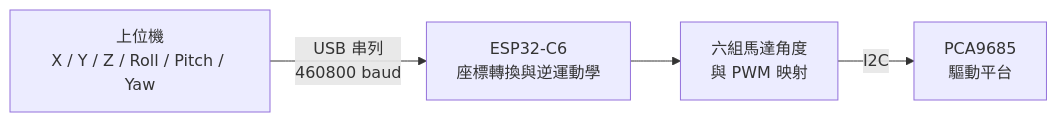
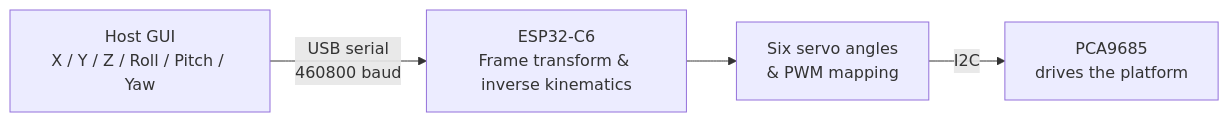
Before and after one commit to ZHANG-XICHANG/Mini-Stewart-Platform: the diagram in README.md, drawn with Mermaid. The commit also changed other lines of this file and 1 other file, not shown here.

````diff
--- a/README.md
+++ b/README.md
@@ -74,6 +76,6 @@
 ```mermaid
 flowchart LR
-    A["上位機<br>X / Y / Z / Roll / Pitch / Yaw"] -->|"USB 串列<br>460800 baud"| C["ESP32-C6<br>座標轉換與逆運動學"]
-    C --> D["六組馬達角度<br>與 PWM 映射"]
-    D -->|I2C| E["PCA9685<br>驅動平台"]
+    A["Host GUI<br>X / Y / Z / Roll / Pitch / Yaw"] -->|"USB serial<br>460800 baud"| C["ESP32-C6<br>Frame transform & inverse kinematics"]
+    C --> D["Six servo angles<br>& PWM mapping"]
+    D -->|I2C| E["PCA9685<br>drives the platform"]
 ```
````
